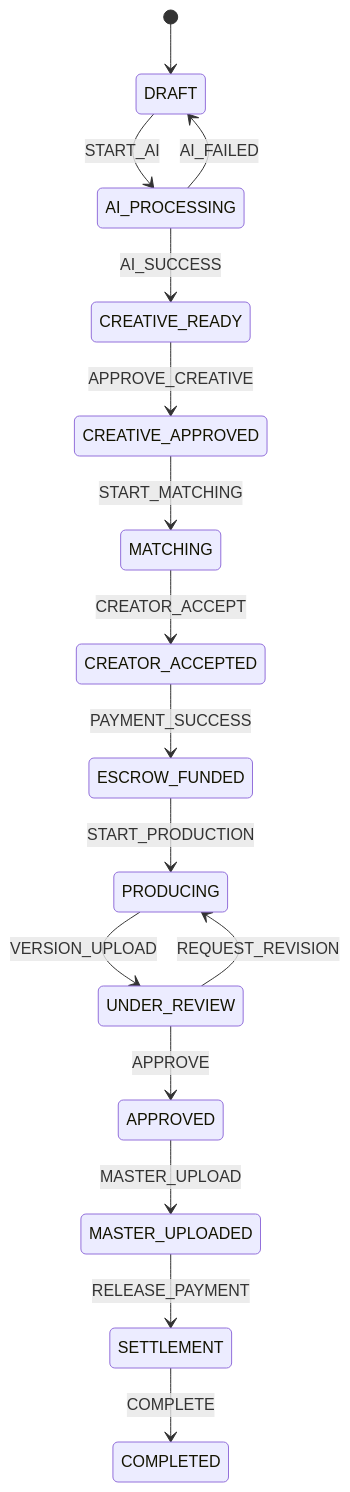
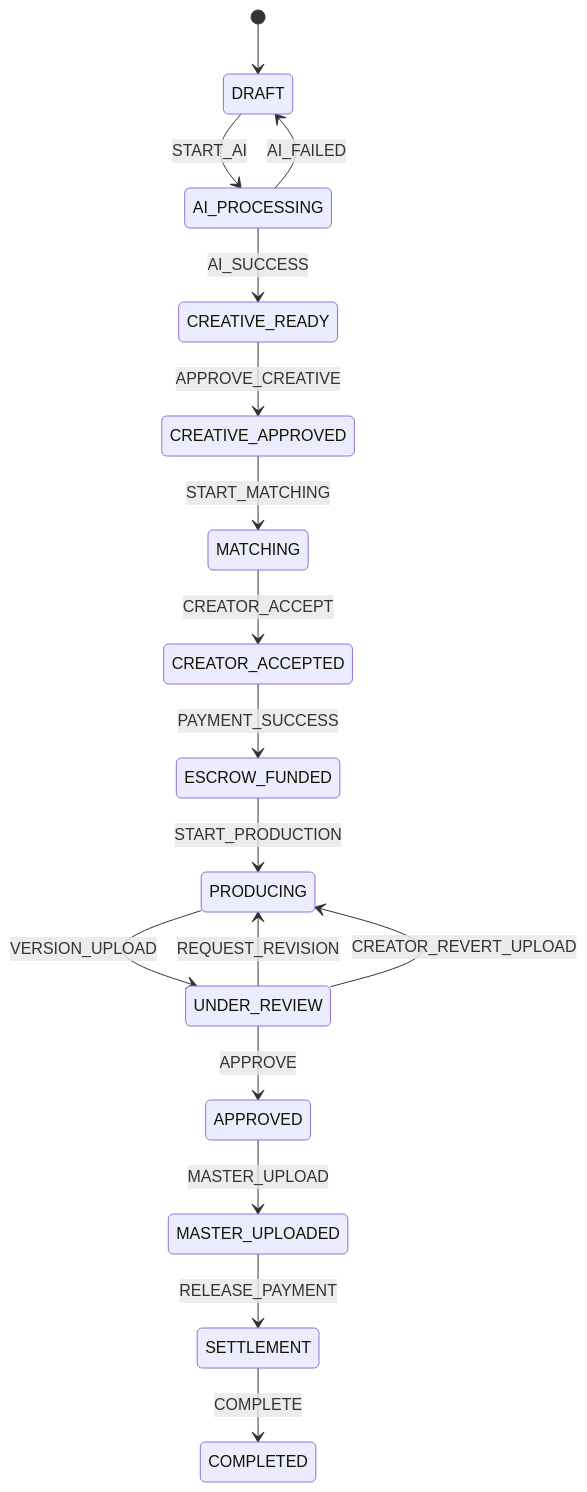
The first of 3 diagrams in docs/architecture/state-machine.md (VINCISGAO/studioOS), drawn with Mermaid before and after one commit. The commit also changed other lines of this file and 170 other files, not shown here.

````diff
--- a/docs/architecture/state-machine.md
+++ b/docs/architecture/state-machine.md
@@ -20,18 +20,19 @@
 ```mermaid
 stateDiagram-v2
   [*] --> DRAFT
   DRAFT --> AI_PROCESSING: START_AI
   AI_PROCESSING --> CREATIVE_READY: AI_SUCCESS
   AI_PROCESSING --> DRAFT: AI_FAILED
   CREATIVE_READY --> CREATIVE_APPROVED: APPROVE_CREATIVE
   CREATIVE_APPROVED --> MATCHING: START_MATCHING
   MATCHING --> CREATOR_ACCEPTED: CREATOR_ACCEPT
   CREATOR_ACCEPTED --> ESCROW_FUNDED: PAYMENT_SUCCESS
   ESCROW_FUNDED --> PRODUCING: START_PRODUCTION
   PRODUCING --> UNDER_REVIEW: VERSION_UPLOAD
   UNDER_REVIEW --> PRODUCING: REQUEST_REVISION
+  UNDER_REVIEW --> PRODUCING: CREATOR_REVERT_UPLOAD
   UNDER_REVIEW --> APPROVED: APPROVE
   APPROVED --> MASTER_UPLOADED: MASTER_UPLOAD
   MASTER_UPLOADED --> SETTLEMENT: RELEASE_PAYMENT
   SETTLEMENT --> COMPLETED: COMPLETE
 ```
````
